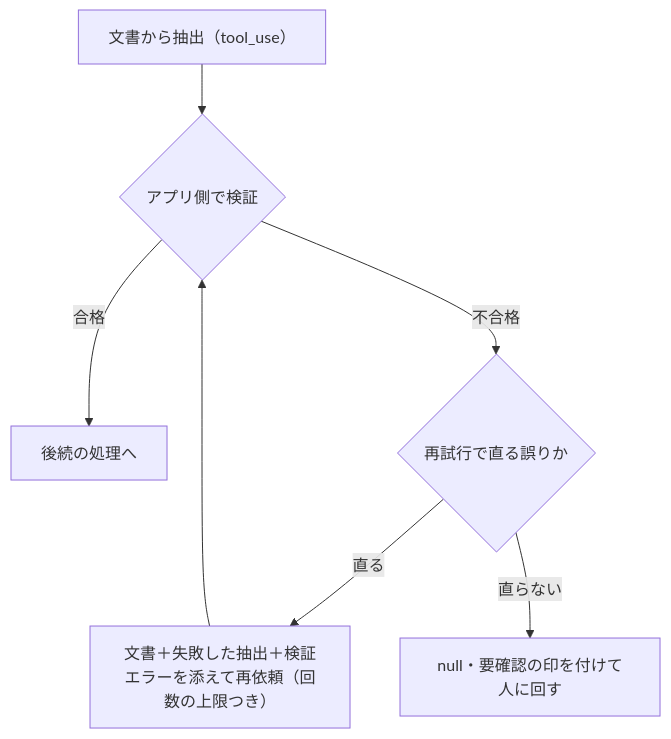
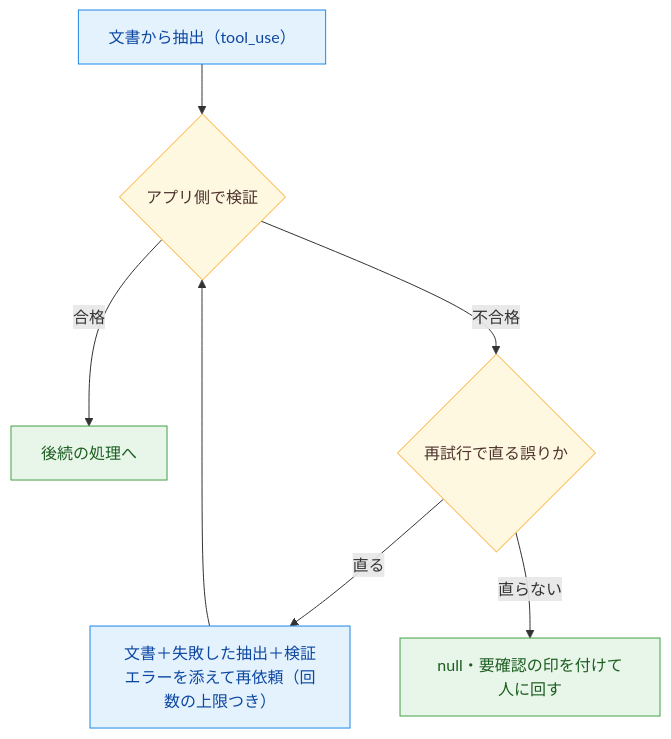
Before and after one commit to yuya-take/yuya-exam-notes: the diagram in ccaf/notes/04-prompt-engineering/validation-retry-loop.md, drawn with Mermaid. The commit also changed other lines of this file and 50 other files, not shown here.

````diff
--- a/ccaf/notes/04-prompt-engineering/validation-retry-loop.md
+++ b/ccaf/notes/04-prompt-engineering/validation-retry-loop.md
@@ -12,8 +12,15 @@
 ```mermaid
 flowchart TD
-  A[文書から抽出（tool_use）] --> B{アプリ側で検証}
+  A["文書から抽出（tool_use）"] --> B{アプリ側で検証}
   B -- 合格 --> C[後続の処理へ]
   B -- 不合格 --> D{再試行で直る誤りか}
-  D -- 直る --> E[文書＋失敗した抽出＋検証エラーを添えて再依頼（回数の上限つき）] --> B
+  D -- 直る --> E["文書＋失敗した抽出＋検証エラーを添えて再依頼（回数の上限つき）"]
+  E --> B
   D -- 直らない --> F[null・要確認の印を付けて人に回す]
+  classDef run fill:#e3f2fd,stroke:#1e88e5,color:#0d47a1
+  classDef judge fill:#fff8e1,stroke:#f9a825,color:#4e342e
+  classDef done fill:#e8f5e9,stroke:#43a047,color:#1b5e20
+  class A,E run
+  class B,D judge
+  class C,F done
 ```
````
